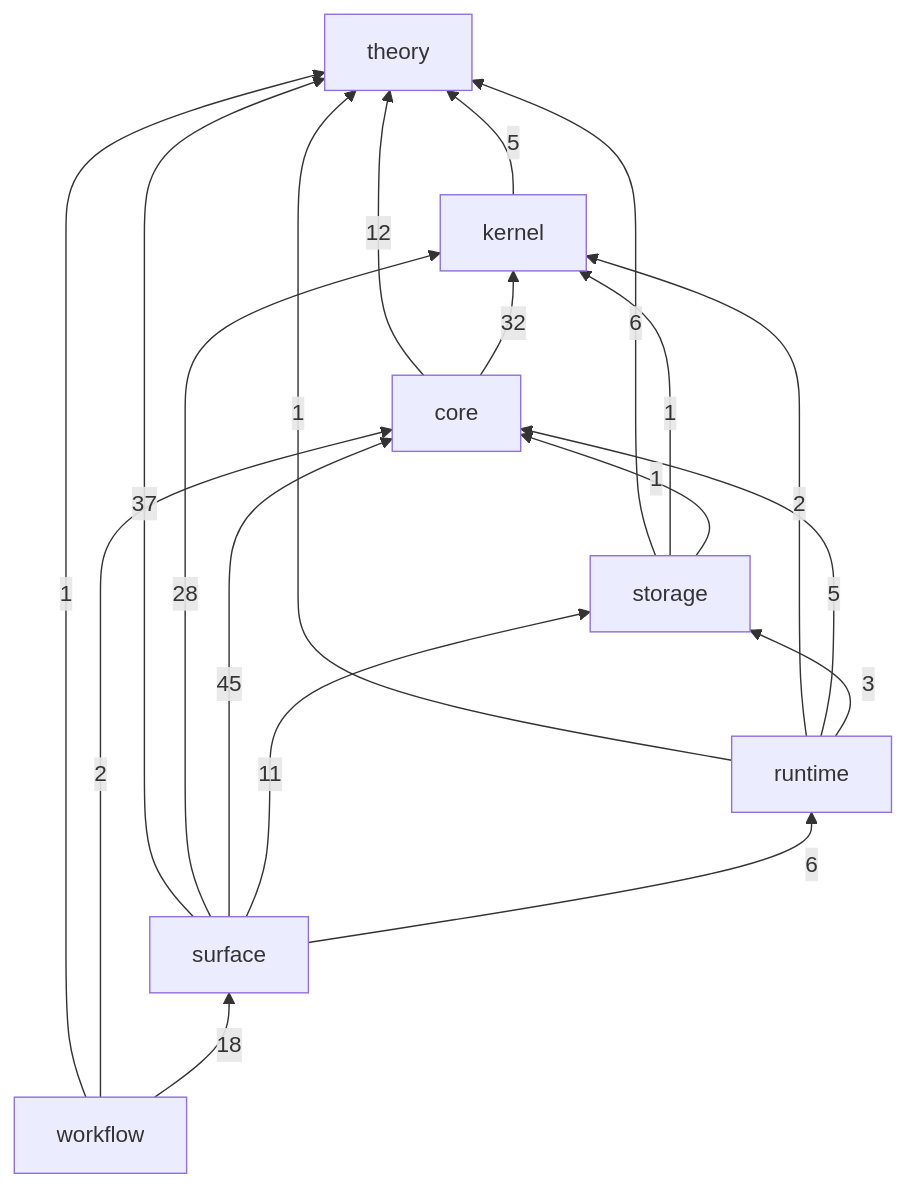
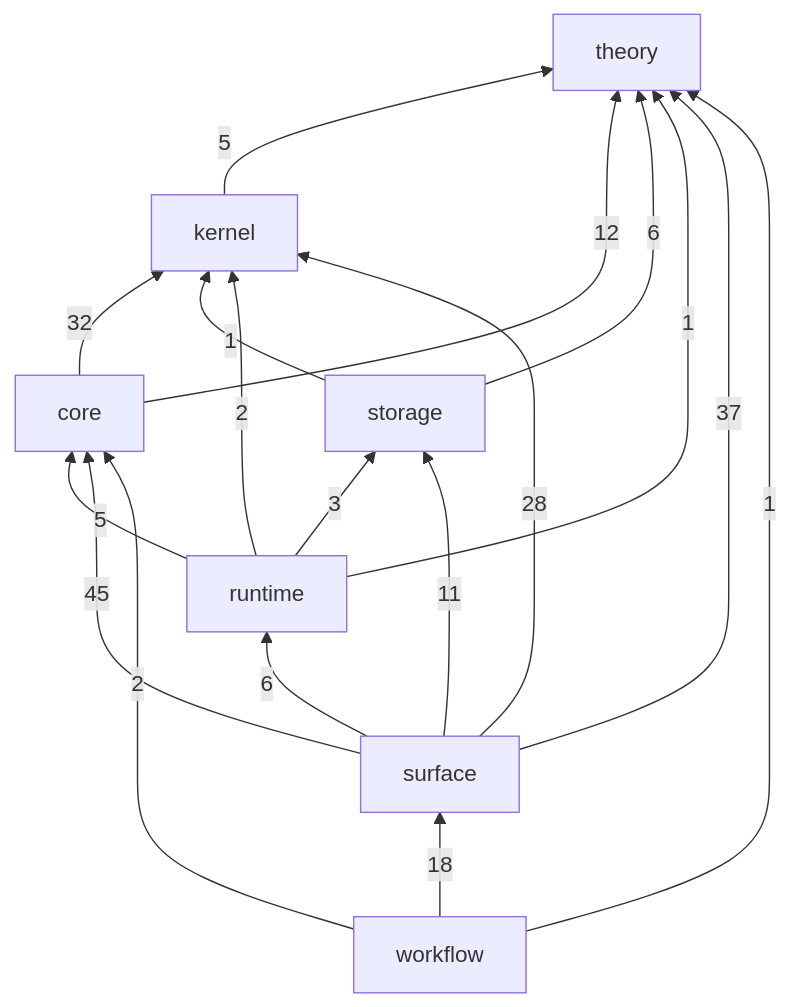
The diagram in ledger/README.md (gandr-lang/gandr), drawn with Mermaid before and after one commit. The commit also changed 25 other files, not shown here.

````diff
--- a/ledger/README.md
+++ b/ledger/README.md
@@ -30,28 +30,27 @@
 ```mermaid
 flowchart BT
   theory
   kernel
   core
   storage
   runtime
   surface
   workflow
   kernel -->|5| theory
   core -->|12| theory
   core -->|32| kernel
   storage -->|6| theory
   storage -->|1| kernel
-  storage -->|1| core
   runtime -->|1| theory
   runtime -->|2| kernel
   runtime -->|5| core
   runtime -->|3| storage
   surface -->|37| theory
   surface -->|28| kernel
   surface -->|45| core
   surface -->|11| storage
   surface -->|6| runtime
   workflow -->|1| theory
   workflow -->|2| core
   workflow -->|18| surface
 ```
````
